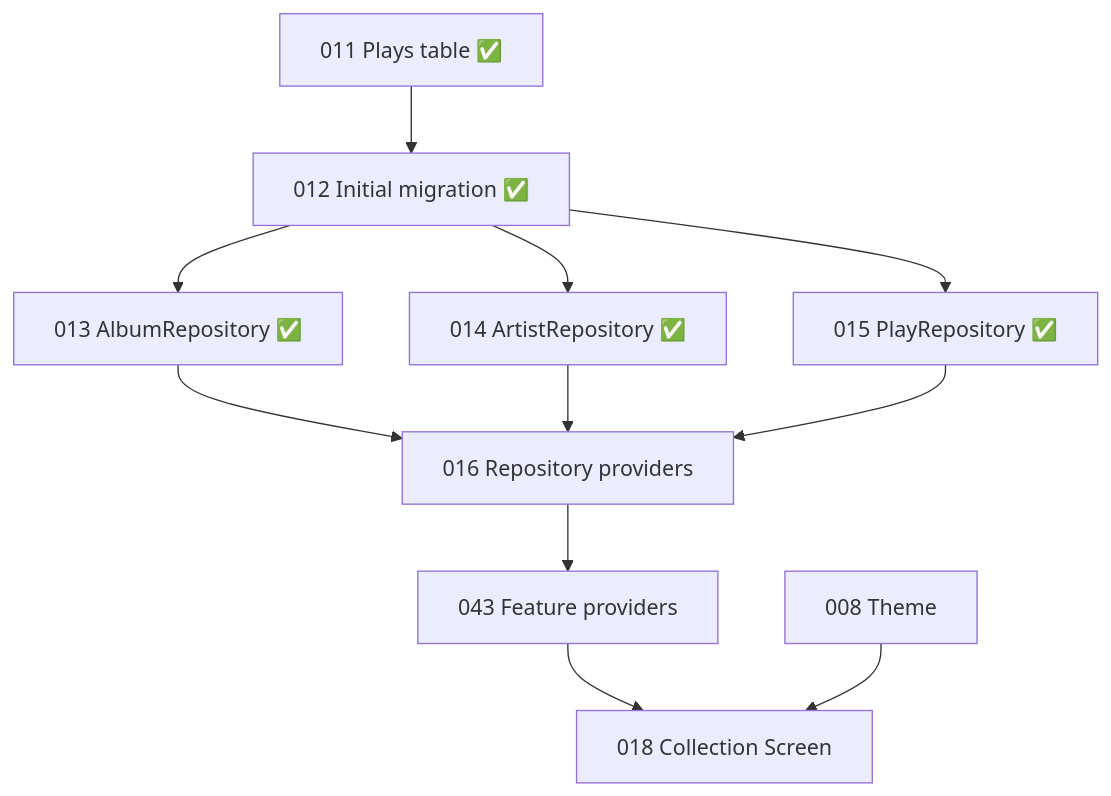
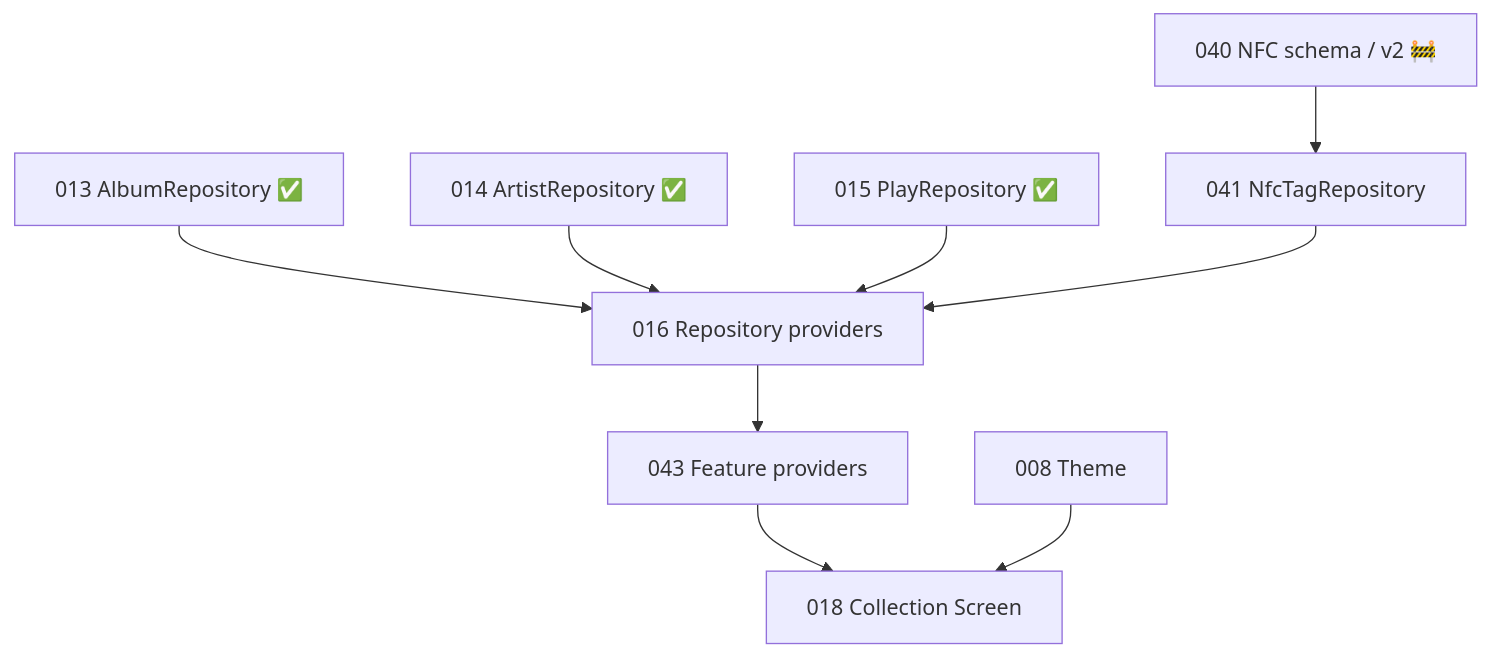
The diagram in docs/implementation-status.md (hunter-goller/Groovefolio), drawn with Mermaid before and after one commit. The commit also changed other lines of this file and 20 other files, not shown here.

Commit message:
VinylApp-040 add nfc_tags schema v2 migration and tests (#24)

````diff
--- a/docs/implementation-status.md
+++ b/docs/implementation-status.md
@@ -114,23 +119,21 @@
 ```mermaid
 flowchart TD
-    P11[011 Plays table ✅]
-    P12[012 Initial migration ✅]
     P13[013 AlbumRepository ✅]
     P14[014 ArtistRepository ✅]
     P15[015 PlayRepository ✅]
+    P40[040 NFC schema / v2 🚧]
+    P41[041 NfcTagRepository]
     P16[016 Repository providers]
     P43[043 Feature providers]
     P08[008 Theme]
     P18[018 Collection Screen]
 
-    P11 --> P12
-    P12 --> P13
-    P12 --> P14
-    P12 --> P15
     P13 --> P16
     P14 --> P16
     P15 --> P16
+    P40 --> P41
+    P41 --> P16
     P16 --> P43
     P43 --> P18
     P08 --> P18
 ```
````
